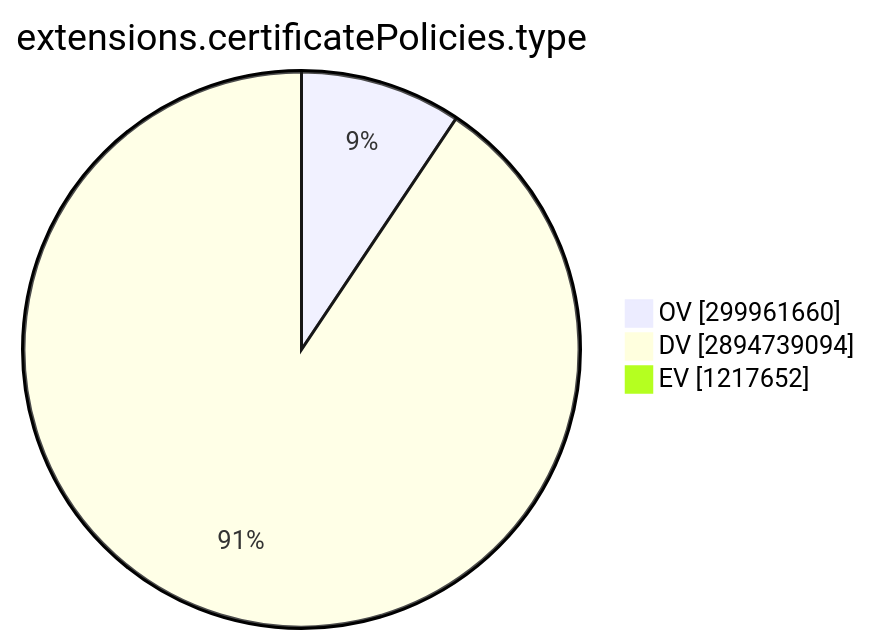
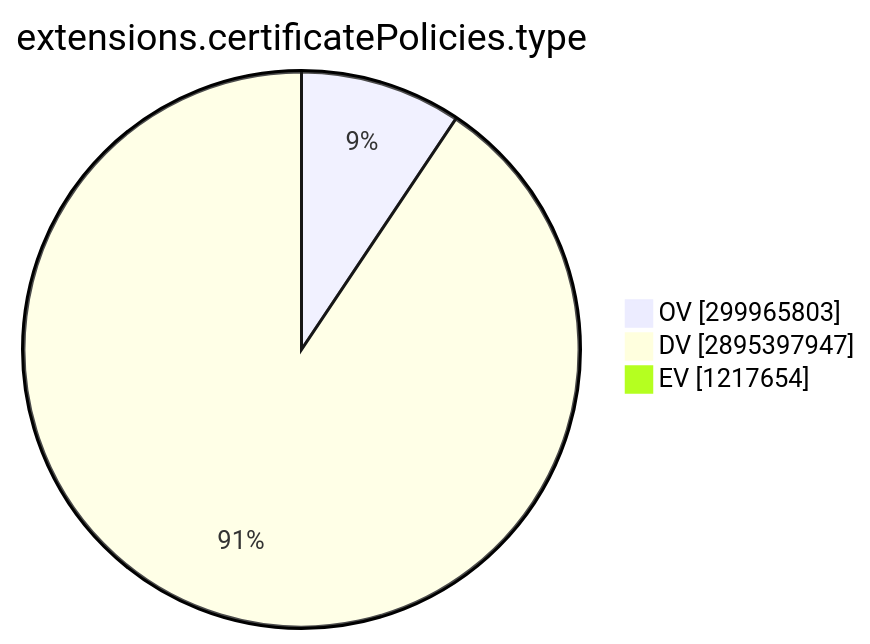
The ninth of 15 diagrams in TOTAL/README.md (christiankrug/ctmonitor_visualization), drawn with Mermaid before and after one commit. The commit also changed other lines of this file, not shown here.

````diff
--- a/TOTAL/README.md
+++ b/TOTAL/README.md
@@ -3101,7 +3101,7 @@
 ```mermaid
 pie showData
 title extensions.certificatePolicies.type
-"OV" :299961660
-"DV" :2894739094
-"EV" :1217652
+"OV" :299965803
+"DV" :2895397947
+"EV" :1217654
 ```
````
